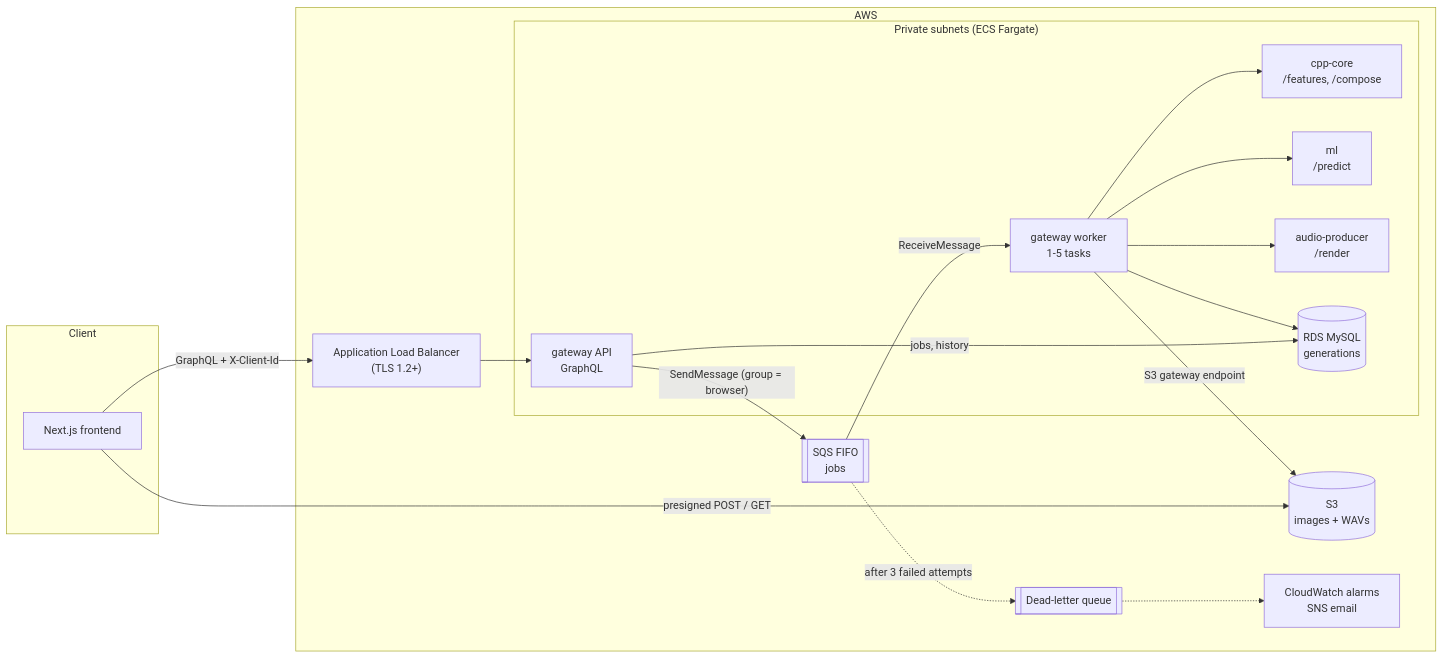
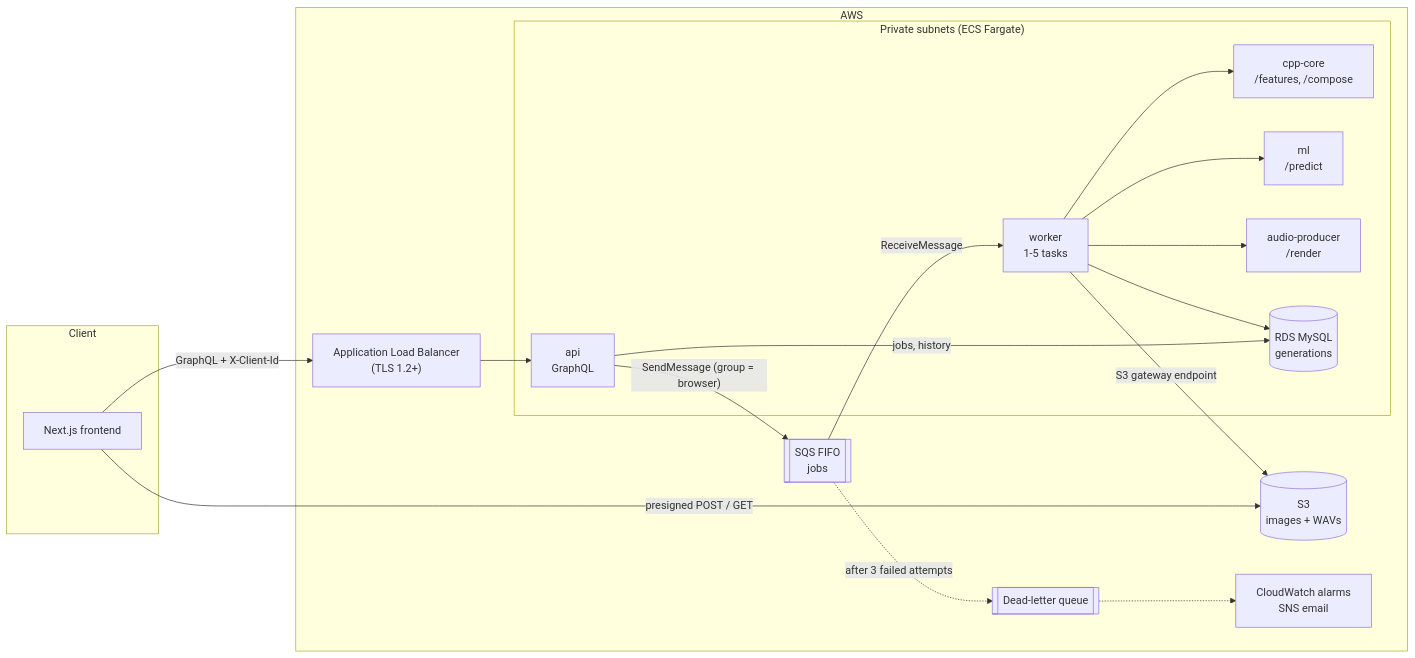
One commit to DakshK26/SoundCanvas changed the diagram in README.md. Above: the diagram before and after it, drawn with Mermaid. The commit also changed other lines of this file and 30 other files, not shown here.

Commit message:
api: rename gateway to api, fix Dockerfile name so it builds on Linux

````diff
--- a/README.md
+++ b/README.md
@@ -14,35 +14,35 @@
 ```mermaid
 flowchart LR
   subgraph Client
     Browser["Next.js frontend"]
   end
 
   subgraph AWS
     ALB["Application Load Balancer<br/>(TLS 1.2+)"]
     S3[("S3<br/>images + WAVs")]
     SQS[["SQS FIFO<br/>jobs"]]
     DLQ[["Dead-letter queue"]]
     Alarms["CloudWatch alarms<br/>SNS email"]
 
     subgraph Private["Private subnets (ECS Fargate)"]
-      API["gateway API<br/>GraphQL"]
-      Worker["gateway worker<br/>1-5 tasks"]
+      API["api<br/>GraphQL"]
+      Worker["worker<br/>1-5 tasks"]
       Cpp["cpp-core<br/>/features, /compose"]
       ML["ml<br/>/predict"]
       Audio["audio-producer<br/>/render"]
       RDS[("RDS MySQL<br/>generations")]
     end
   end
 
   Browser -- "GraphQL + X-Client-Id" --> ALB --> API
   Browser -- "presigned POST / GET" --> S3
   API -- "jobs, history" --> RDS
   API -- "SendMessage (group = browser)" --> SQS
   SQS -- "ReceiveMessage" --> Worker
   SQS -. "after 3 failed attempts" .-> DLQ -.-> Alarms
   Worker --> Cpp
   Worker --> ML
   Worker --> Audio
   Worker -- "S3 gateway endpoint" --> S3
   Worker --> RDS
 ```
````
